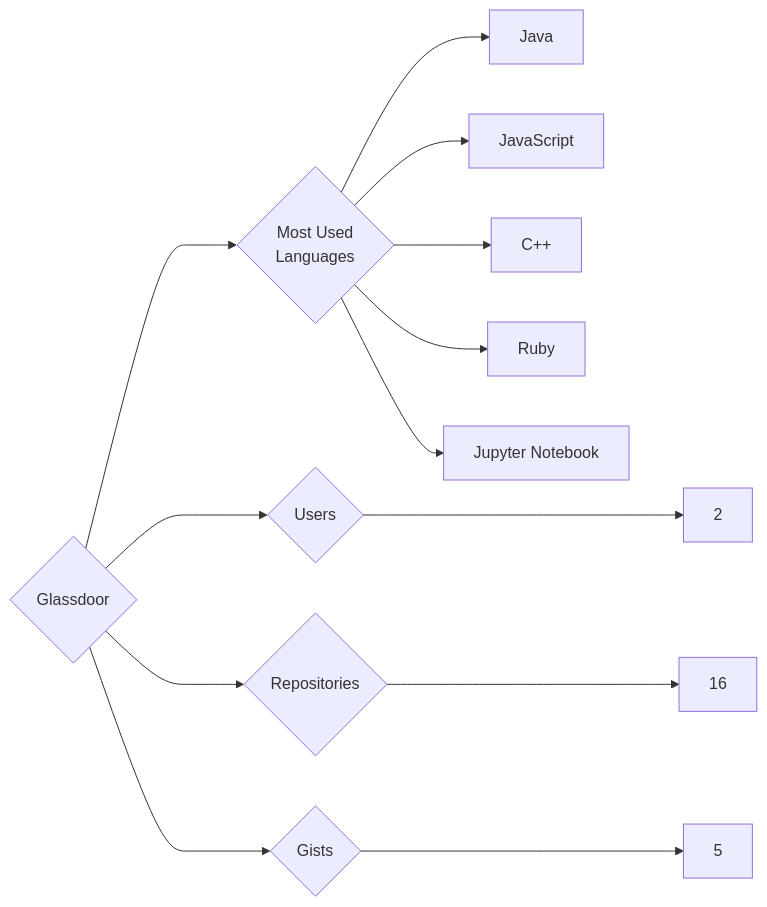
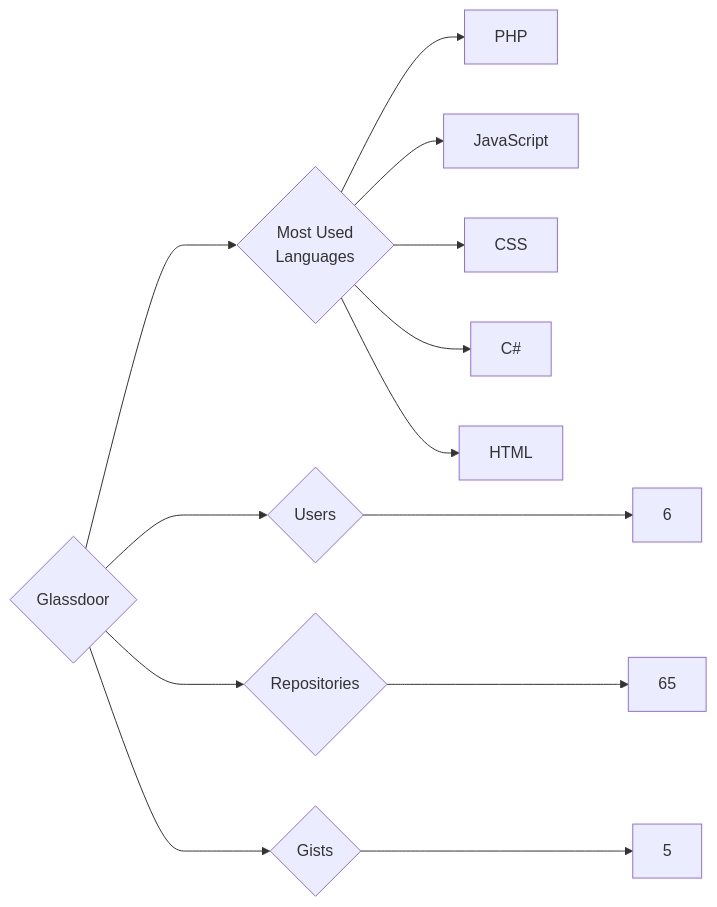
The diagram in targets/Glassdoor/README.md (trickest/insiders), drawn with Mermaid before and after one commit. The commit also changed 1020 other files, not shown here.

````diff
--- a/targets/Glassdoor/README.md
+++ b/targets/Glassdoor/README.md
@@ -3,13 +3,13 @@
 ```mermaid
 graph LR
 COMPANY_NAME{Glassdoor}
-COMPANY_NAME ---> U{Users} ---> UN[2]
-COMPANY_NAME ---> R{Repositories} ---> RN[16]
+COMPANY_NAME ---> U{Users} ---> UN[6]
+COMPANY_NAME ---> R{Repositories} ---> RN[65]
 COMPANY_NAME ---> G{Gists} ---> GN[5]
 COMPANY_NAME ---> ML{Most Used<br>Languages}
-ML --> Java[Java]
+ML --> PHP[PHP]
 ML --> JavaScript[JavaScript]
-ML --> C++[C++]
-ML --> Ruby[Ruby]
-ML --> Jupyter_Notebook[Jupyter Notebook]
+ML --> CSS[CSS]
+ML --> C#[C#]
+ML --> HTML[HTML]
 ```
````
